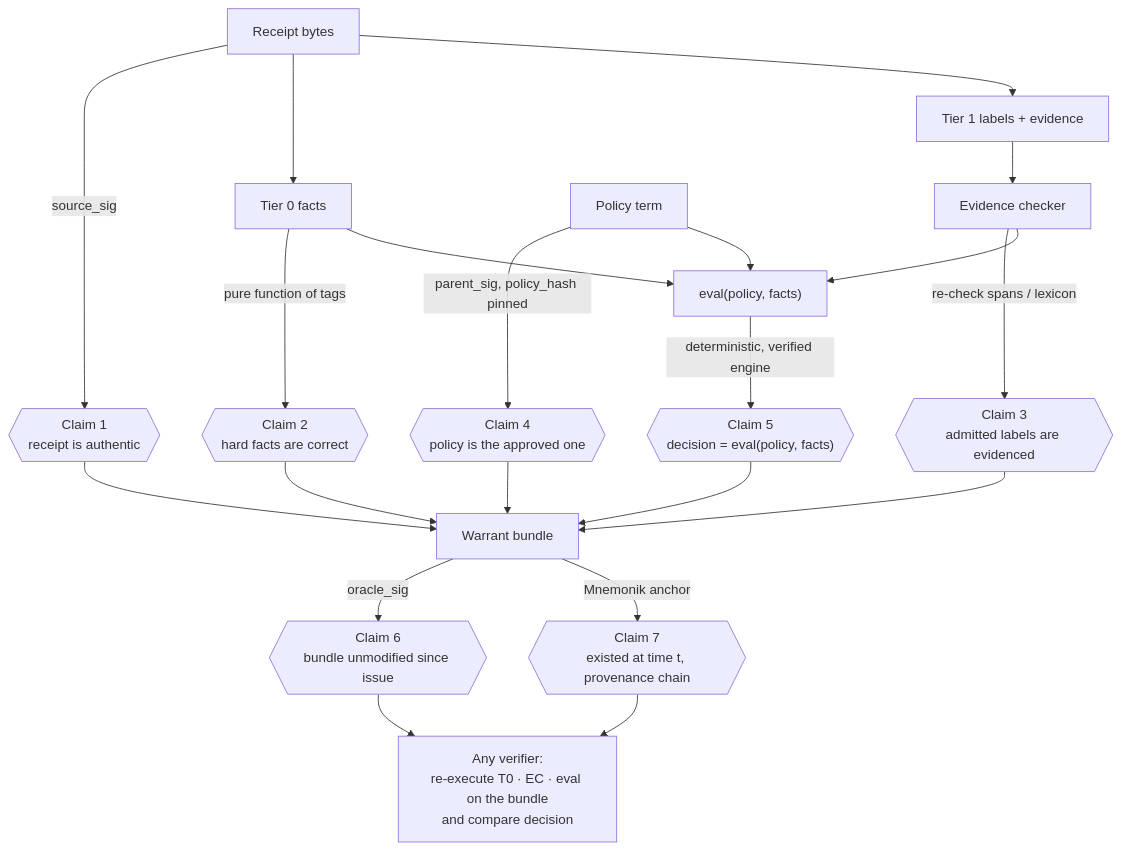
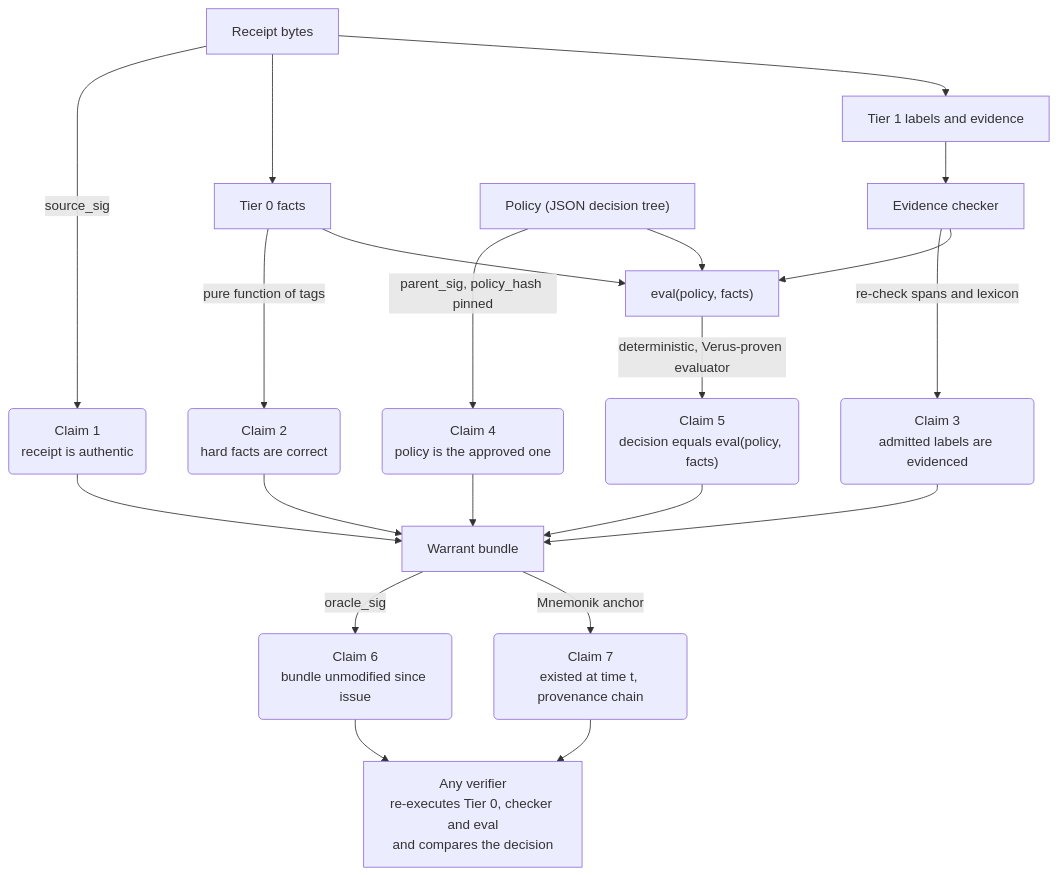
Before and after one commit to mnemonik-xyz/warrant: the fourth of 7 diagrams in tech-design.md, drawn with Mermaid. The commit also changed other lines of this file, not shown here.

First line of the commit message:
docs: tech-design describes the current release; fix diagrams; sealed A2A note (#5)

````diff
--- a/tech-design.md
+++ b/tech-design.md
@@ -167,18 +181,23 @@
 ```mermaid
 flowchart TB
-  R[Receipt bytes] -->|source_sig| C1{{Claim 1<br/>receipt is authentic}}
-  R --> T0[Tier 0 facts]
-  T0 -->|pure function of tags| C2{{Claim 2<br/>hard facts are correct}}
-  R --> T1[Tier 1 labels + evidence]
-  T1 --> EC[Evidence checker]
-  EC -->|re-check spans / lexicon| C3{{Claim 3<br/>admitted labels are evidenced}}
-  PT[Policy term] -->|parent_sig, policy_hash pinned| C4{{Claim 4<br/>policy is the approved one}}
+  R["Receipt bytes"] -->|"source_sig"| C1("Claim 1<br/>receipt is authentic")
+  R --> T0["Tier 0 facts"]
+  T0 -->|"pure function of tags"| C2("Claim 2<br/>hard facts are correct")
+  R --> T1["Tier 1 labels and evidence"]
+  T1 --> EC["Evidence checker"]
+  EC -->|"re-check spans and lexicon"| C3("Claim 3<br/>admitted labels are evidenced")
+  PT["Policy (JSON decision tree)"] -->|"parent_sig, policy_hash pinned"| C4("Claim 4<br/>policy is the approved one")
   T0 --> EV["eval(policy, facts)"]
   EC --> EV
   PT --> EV
-  EV -->|deterministic, verified engine| C5{{"Claim 5<br/>decision = eval(policy, facts)"}}
-  C1 & C2 & C3 & C4 & C5 --> WR[Warrant bundle]
-  WR -->|oracle_sig| C6{{Claim 6<br/>bundle unmodified since issue}}
-  WR -->|Mnemonik anchor| C7{{Claim 7<br/>existed at time t, provenance chain}}
-  C6 & C7 --> V[Any verifier:<br/>re-execute T0 · EC · eval on the bundle<br/>and compare decision]
+  EV -->|"deterministic, Verus-proven evaluator"| C5("Claim 5<br/>decision equals eval(policy, facts)")
+  C1 --> WR["Warrant bundle"]
+  C2 --> WR
+  C3 --> WR
+  C4 --> WR
+  C5 --> WR
+  WR -->|"oracle_sig"| C6("Claim 6<br/>bundle unmodified since issue")
+  WR -->|"Mnemonik anchor"| C7("Claim 7<br/>existed at time t, provenance chain")
+  C6 --> V["Any verifier<br/>re-executes Tier 0, checker and eval<br/>and compares the decision"]
+  C7 --> V
 ```
````
